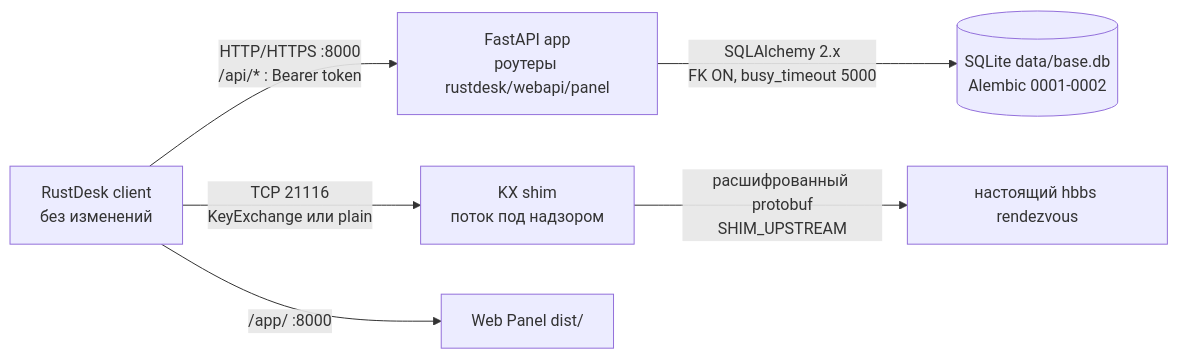
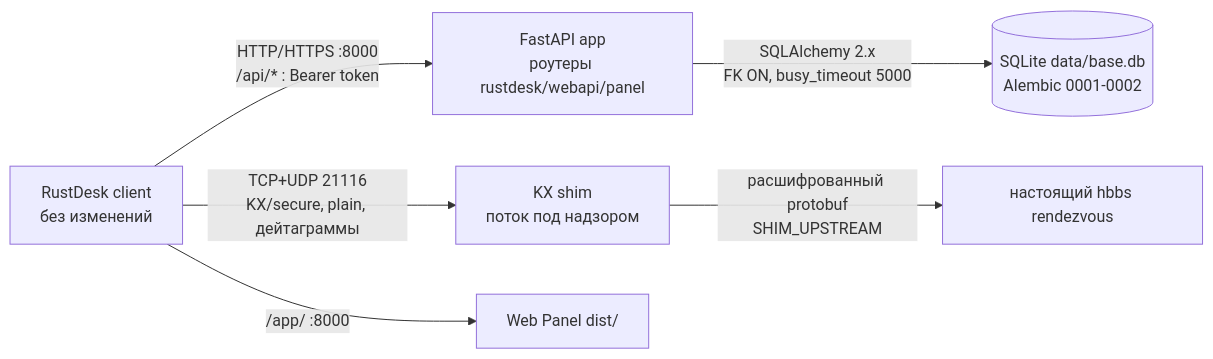
One commit to iinxn/rustdesk-address-book-api changed the diagram in docs/ru.md. Above: the diagram before and after it, drawn with Mermaid. The commit also changed other lines of this file and 3 other files, not shown here.

Commit message:
feat: implement UDP relay functionality in shim and update documentation

````diff
--- a/docs/ru.md
+++ b/docs/ru.md
@@ -133,9 +133,9 @@
 ```mermaid
 flowchart LR
     C[RustDesk client<br/>без изменений]
     C -->|HTTP/HTTPS :8000<br/>/api/* : Bearer token| API[FastAPI app<br/>роутеры rustdesk/webapi/panel]
-    C -->|TCP 21116<br/>KeyExchange или plain| SHIM[KX shim<br/>поток под надзором]
+    C -->|TCP+UDP 21116<br/>KX/secure, plain, дейтаграммы| SHIM[KX shim<br/>поток под надзором]
     SHIM -->|расшифрованный protobuf<br/>SHIM_UPSTREAM| HBBS[настоящий hbbs rendezvous]
     C -->|/app/ :8000| SPA[Web Panel dist/]
     API -->|SQLAlchemy 2.x<br/>FK ON, busy_timeout 5000| DB[(SQLite data/base.db<br/>Alembic 0001-0002)]
 ```
````
